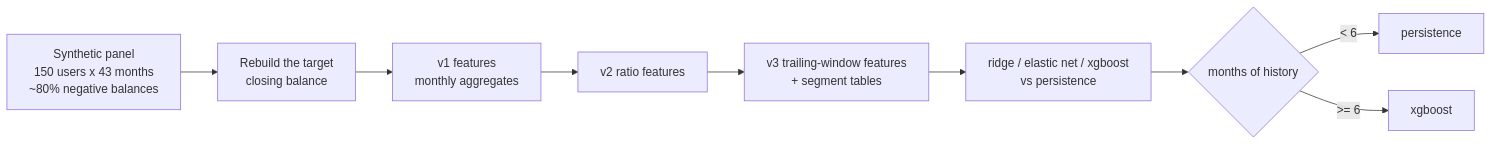
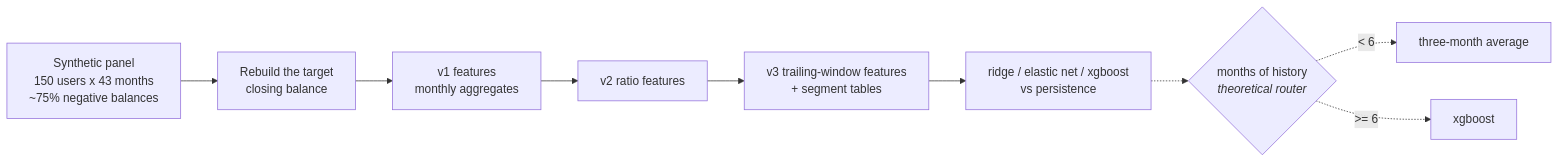
The second of 2 diagrams in README.md (jam-makh/ml_prediction), drawn with Mermaid before and after one commit. The commit also changed other lines of this file and 27 other files, not shown here.

````diff
--- a/README.md
+++ b/README.md
@@ -96,11 +97,11 @@
 ```mermaid
 flowchart LR
-    D["Synthetic panel<br/>150 users x 43 months<br/>~80% negative balances"] --> R["Rebuild the target<br/>closing balance"]
+    D["Synthetic panel<br/>150 users x 43 months<br/>~75% negative balances"] --> R["Rebuild the target<br/>closing balance"]
     R --> V1["v1 features<br/>monthly aggregates"]
     V1 --> V2["v2 ratio features"]
     V2 --> V3["v3 trailing-window features<br/>+ segment tables"]
     V3 --> M["ridge / elastic net / xgboost<br/>vs persistence"]
-    M --> RT{"months of history"}
-    RT -->|"< 6"| P["persistence"]
-    RT -->|">= 6"| X["xgboost"]
+    M -.-> RT{"months of history<br/><i>theoretical router</i>"}
+    RT -.->|"< 6"| P["three-month average"]
+    RT -.->|">= 6"| X["xgboost"]
 ```
````
